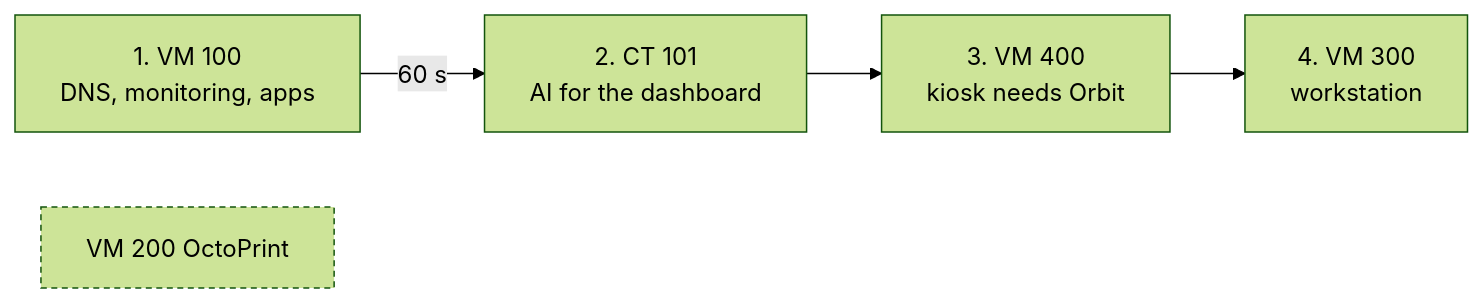
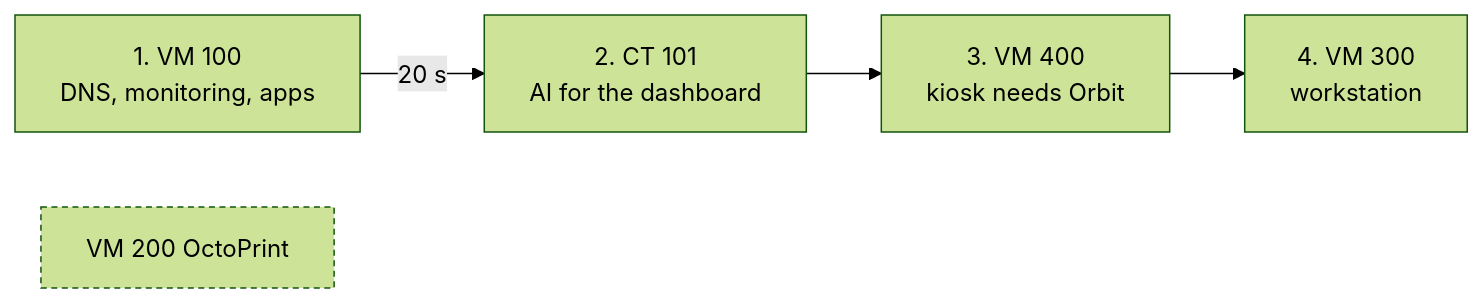
One commit to Pneumatocyst/horcrux-homelab-showcase changed the first of 2 diagrams in docs/architecture.md. Above: the diagram before and after it, drawn with Mermaid (forest theme). The commit also changed other lines of this file and 4 other files, not shown here.

````diff
--- a/docs/architecture.md
+++ b/docs/architecture.md
@@ -27,8 +27,8 @@
 ```mermaid
 flowchart LR
-    A[1. VM 100<br/>DNS, monitoring, apps] -->|60 s| B[2. CT 101<br/>AI for the dashboard]
+    A[1. VM 100<br/>DNS, monitoring, apps] -->|20 s| B[2. CT 101<br/>AI for the dashboard]
     B --> C[3. VM 400<br/>kiosk needs Orbit]
     C --> D[4. VM 300<br/>workstation]
     E[VM 200 OctoPrint]:::manual
     classDef manual stroke-dasharray: 4 3
 ```
````
